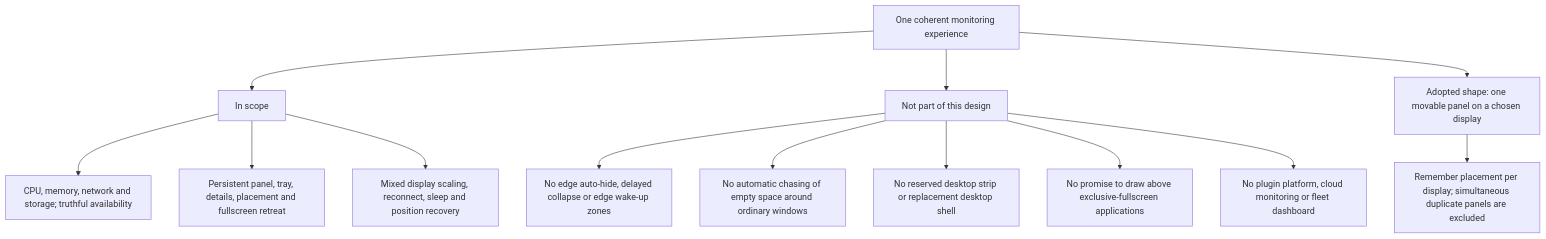
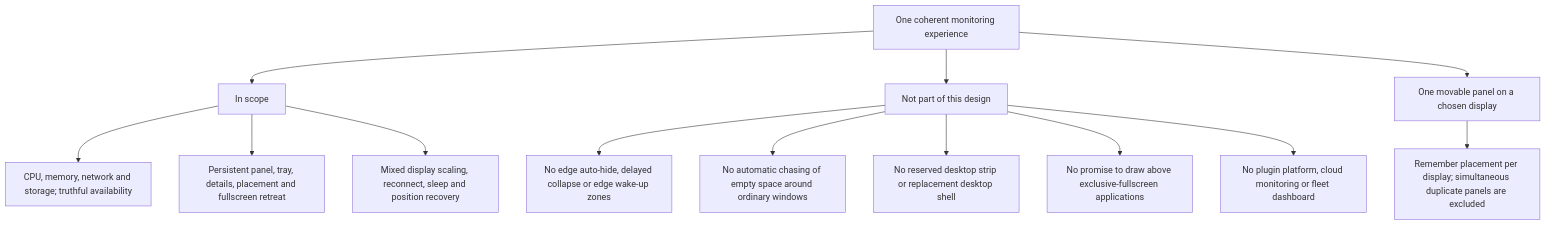
The third of 3 diagrams in spec/00-overview.md (Wh1isper/MyFinder), drawn with Mermaid before and after one commit. The commit also changed other lines of this file and 48 other files, not shown here.

````diff
--- a/spec/00-overview.md
+++ b/spec/00-overview.md
@@ -69,15 +69,15 @@
 ```mermaid
 flowchart TD
     Design["One coherent monitoring experience"] --> Included["In scope"]
     Included --> Metrics["CPU, memory, network and storage; truthful availability"]
     Included --> Interaction["Persistent panel, tray, details, placement and fullscreen retreat"]
     Included --> Quality["Mixed display scaling, reconnect, sleep and position recovery"]
     Design --> Excluded["Not part of this design"]
     Excluded --> Dock["No edge auto-hide, delayed collapse or edge wake-up zones"]
     Excluded --> Chase["No automatic chasing of empty space around ordinary windows"]
     Excluded --> Shell["No reserved desktop strip or replacement desktop shell"]
     Excluded --> Overlay["No promise to draw above exclusive-fullscreen applications"]
     Excluded --> Platform["No plugin platform, cloud monitoring or fleet dashboard"]
-    Design --> Proposal["Adopted shape: one movable panel on a chosen display"]
+    Design --> Proposal["One movable panel on a chosen display"]
     Proposal --> Scope["Remember placement per display; simultaneous duplicate panels are excluded"]
 ```
````
